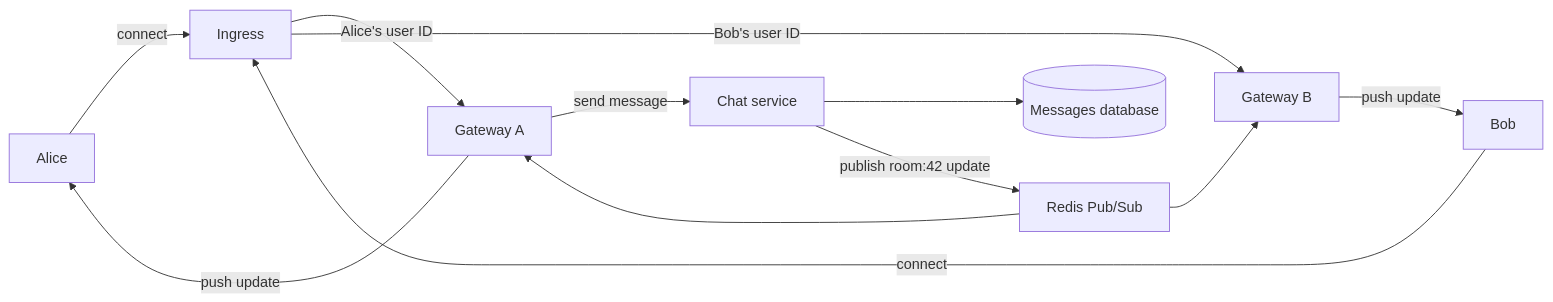
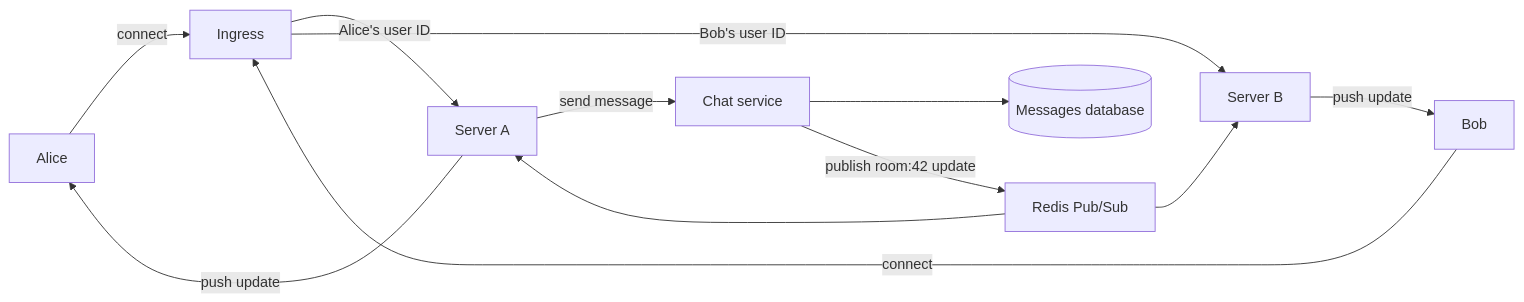
The second of 2 diagrams in connection-protocols.md (alanqi03/sys-design), drawn with Mermaid before and after one commit. The commit also changed other lines of this file and 3 other files, not shown here.

````diff
--- a/connection-protocols.md
+++ b/connection-protocols.md
@@ -61,14 +61,14 @@
 ```{mermaid}
 flowchart LR
   Alice[Alice] -->|connect| LB[Ingress]
   Bob[Bob] -->|connect| LB
-  LB -->|Alice's user ID| GA[Gateway A]
-  LB -->|Bob's user ID| GB[Gateway B]
-  GA -->|send message| Chat[Chat service]
+  LB -->|Alice's user ID| SA[Server A]
+  LB -->|Bob's user ID| SB[Server B]
+  SA -->|send message| Chat[Chat service]
   Chat --> DB[(Messages database)]
   Chat -->|publish room:42 update| Redis[Redis Pub/Sub]
-  Redis --> GA
-  Redis --> GB
-  GA -->|push update| Alice
-  GB -->|push update| Bob
+  Redis --> SA
+  Redis --> SB
+  SA -->|push update| Alice
+  SB -->|push update| Bob
 ```
````
